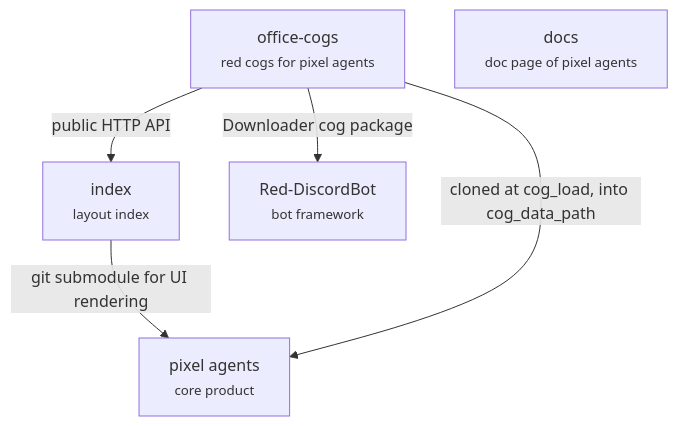
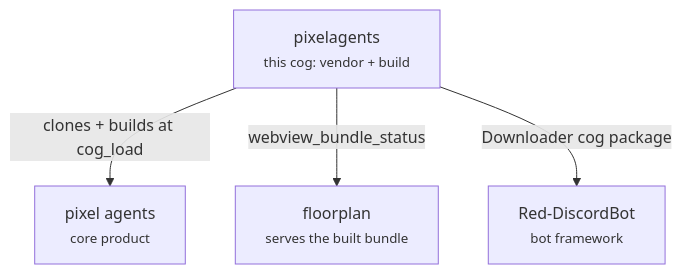
The diagram in pixelagents/Architecture.md (pixel-agents-hq/pixel-agents-cogs), drawn with Mermaid before and after one commit. The commit also changed other lines of this file and 122 other files, not shown here.

````diff
--- a/pixelagents/Architecture.md
+++ b/pixelagents/Architecture.md
@@ -153,13 +55,11 @@
 ```mermaid
 flowchart TD
     PA["pixel agents<br/><small>core product</small>"]
-    IDX["index<br/><small>layout index</small>"]
     RED["Red-DiscordBot<br/><small>bot framework</small>"]
-    OC["office-cogs<br/><small>red cogs for pixel agents</small>"]
-    DOCS["docs<br/><small>doc page of pixel agents</small>"]
+    PIX["pixelagents<br/><small>this cog: vendor + build</small>"]
+    FP["floorplan<br/><small>serves the built bundle</small>"]
 
-    IDX -->|git submodule for UI rendering| PA
-    OC -->|cloned at cog_load, into cog_data_path| PA
-    OC -->|public HTTP API| IDX
-    OC -->|Downloader cog package| RED
+    PIX -->|clones + builds at cog_load| PA
+    PIX -->|webview_bundle_status| FP
+    PIX -->|Downloader cog package| RED
 ```
````
